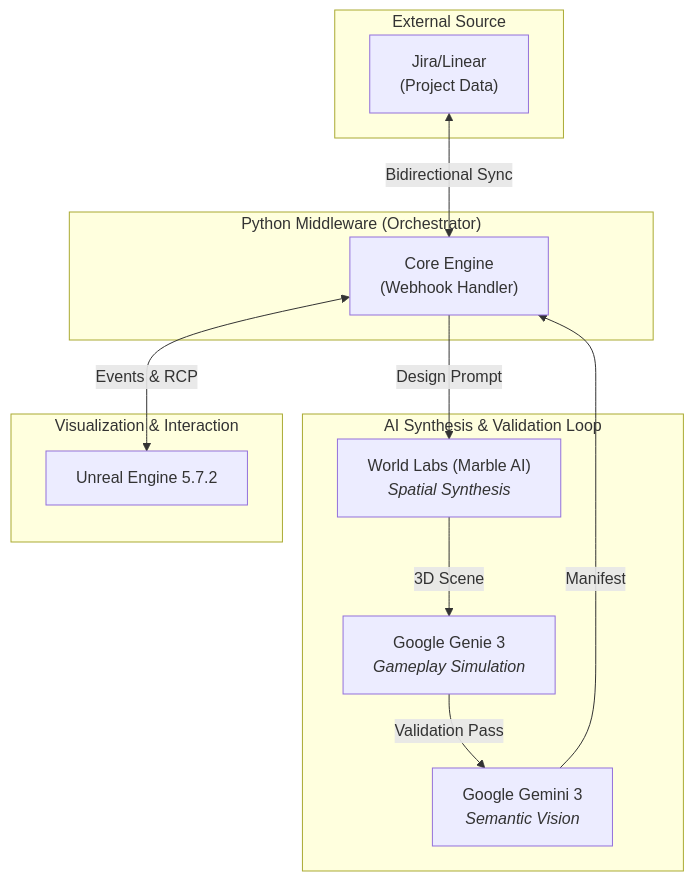
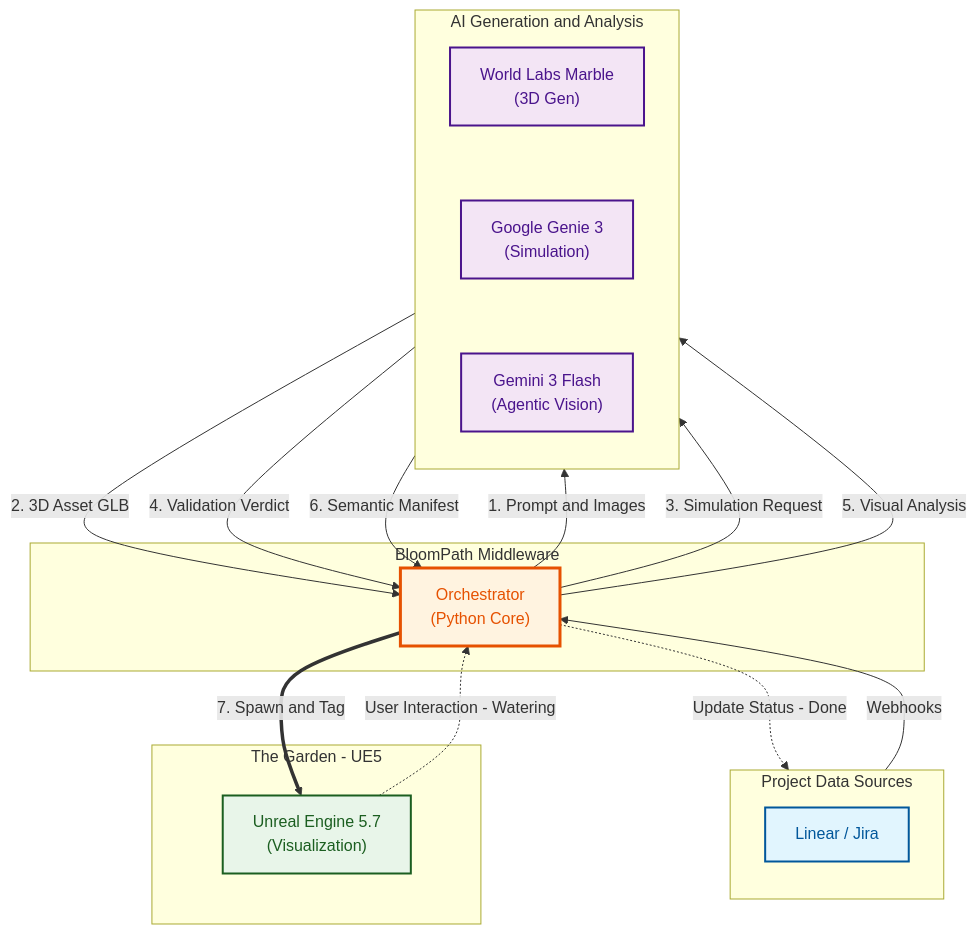
Before and after one commit to petripaananen/BloomPath: the diagram in README.md, drawn with Mermaid. The commit also changed other lines of this file, not shown here.

Commit message:
Update README architecture diagram and descriptions

````diff
--- a/README.md
+++ b/README.md
@@ -8,27 +8,48 @@
 ```mermaid
-graph TD
-    subgraph "External Source"
-        Jira["Jira/Linear<br/>(Project Data)"]
+flowchart TD
+    %% Define Styles
+    classDef source fill:#e1f5fe,stroke:#01579b,stroke-width:2px,color:#01579b
+    classDef middleware fill:#fff3e0,stroke:#e65100,stroke-width:3px,color:#e65100
+    classDef ai fill:#f3e5f5,stroke:#4a148c,stroke-width:2px,color:#4a148c
+    classDef viz fill:#e8f5e9,stroke:#1b5e20,stroke-width:2px,color:#1b5e20
+
+    subgraph DataSources [Project Data Sources]
+        direction TB
+        ProjectData["Linear / Jira"]:::source
     end
 
-    subgraph "Python Middleware (Orchestrator)"
-        Mid["Core Engine<br/>(Webhook Handler)"]
+    subgraph Middleware [BloomPath Middleware]
+        Orch["Orchestrator<br/>(Python Core)"]:::middleware
     end
 
-    subgraph "AI Synthesis & Validation Loop"
-        Marble["World Labs (Marble AI)<br/><i>Spatial Synthesis</i>"]
-        Genie["Google Genie 3<br/><i>Gameplay Simulation</i>"]
-        Gemini["Google Gemini 3<br/><i>Semantic Vision</i>"]
+    subgraph AI [AI Generation and Analysis]
+        direction TB
+        Marble["World Labs Marble<br/>(3D Gen)"]:::ai
+        Genie["Google Genie 3<br/>(Simulation)"]:::ai
+        Gemini["Gemini 3 Flash<br/>(Agentic Vision)"]:::ai
+        %% Force Vertical Stack
+        Marble ~~~ Genie ~~~ Gemini
     end
 
-    subgraph "Visualization & Interaction"
-        UE5["Unreal Engine 5.7.2"]
+    subgraph Viz [The Garden - UE5]
+        UE5["Unreal Engine 5.7<br/>(Visualization)"]:::viz
     end
 
-    Jira <-->|Bidirectional Sync| Mid
-    Mid -->|Design Prompt| Marble
-    Marble -->|3D Scene| Genie
-    Genie -->|Validation Pass| Gemini
-    Gemini -->|Manifest| Mid
-    Mid <-->|Events & RCP| UE5
+    %% Data Ingestion
+    ProjectData -->|Webhooks| Orch
+
+    %% Orchestrator Loop
+    Orch -->|1. Prompt and Images| Marble
+    Marble -->|2. 3D Asset GLB| Orch
+    Orch -->|3. Simulation Request| Genie
+    Genie -->|4. Validation Verdict| Orch
+    Orch -->|5. Visual Analysis| Gemini
+    Gemini -->|6. Semantic Manifest| Orch
+
+    %% Visualization
+    Orch ==>|7. Spawn and Tag| UE5
+    
+    %% Bidirectional Feedback Loop
+    UE5 -.->|User Interaction - Watering| Orch
+    Orch -.->|Update Status - Done| ProjectData
 ```
````
